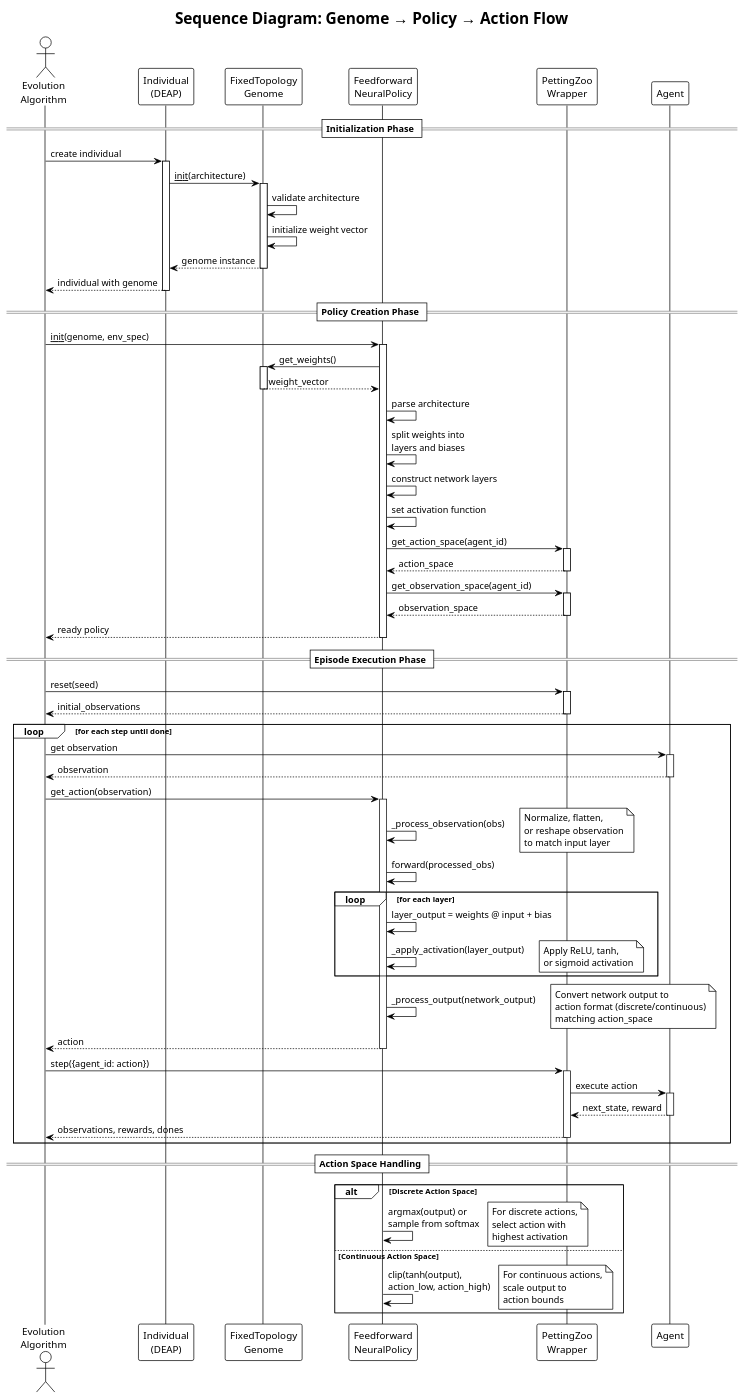
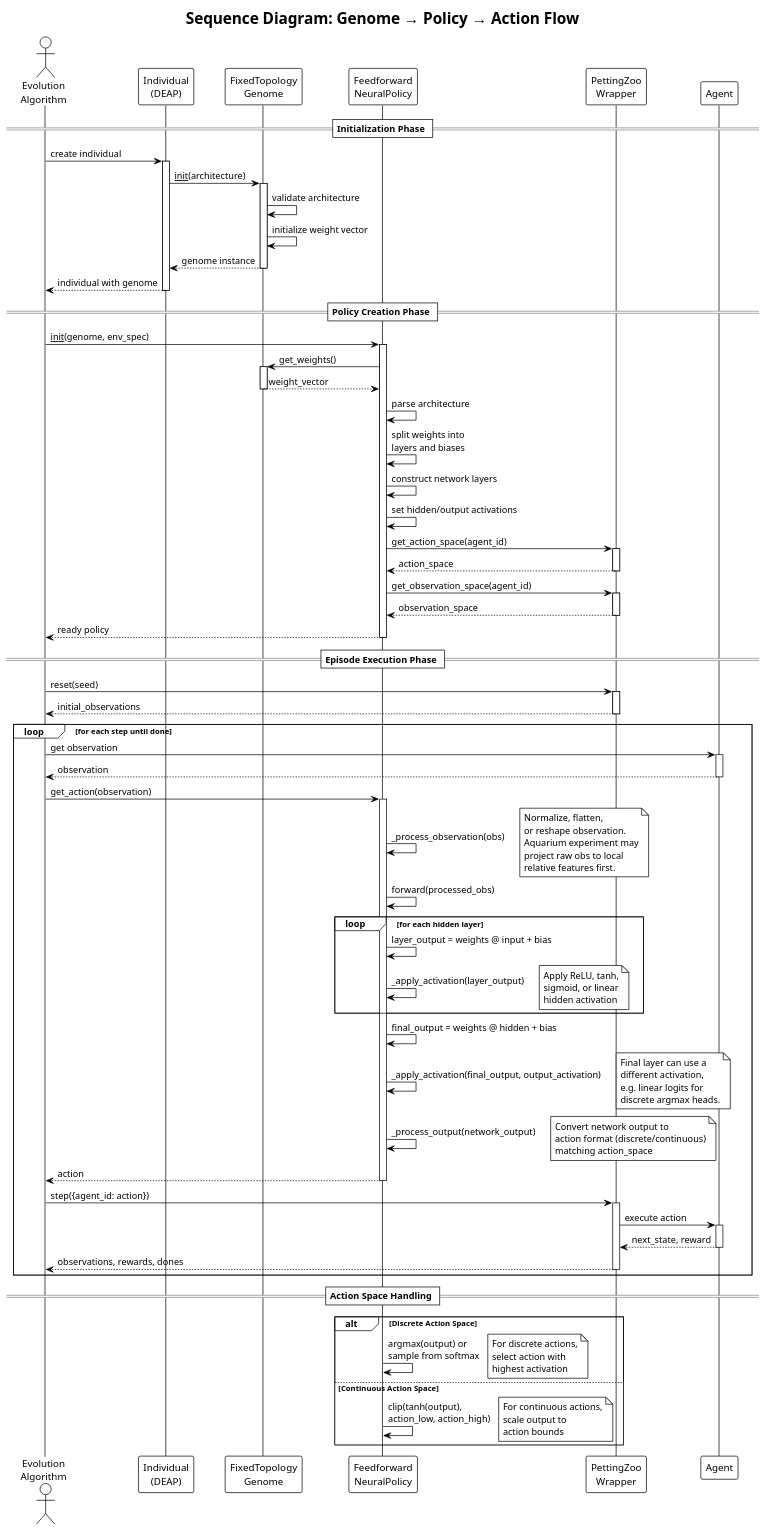
The diagram in docs/UML/sequence_genome_to_action.puml (Alex180504/DEAP-Zoo-bridge), drawn with PlantUML before and after one commit. The commit also changed 13 other files, not shown here.

Commit message:
Add support for output-layer activation function

```diff
--- a/docs/UML/sequence_genome_to_action.puml
+++ b/docs/UML/sequence_genome_to_action.puml
@@ -1,123 +1,135 @@
 @startuml sequence_genome_to_action
 !theme plain
 title Sequence Diagram: Genome → Policy → Action Flow
 
 actor "Evolution\nAlgorithm" as EA
 participant "Individual\n(DEAP)" as Ind
 participant "FixedTopology\nGenome" as Genome
 participant "Feedforward\nNeuralPolicy" as Policy
 participant "PettingZoo\nWrapper" as Env
 participant "Agent" as Agent
 
 == Initialization Phase ==
 
 EA -> Ind : create individual
 activate Ind
 Ind -> Genome : __init__(architecture)
 activate Genome
 Genome -> Genome : validate architecture
 Genome -> Genome : initialize weight vector
 Genome --> Ind : genome instance
 deactivate Genome
 Ind --> EA : individual with genome
 deactivate Ind
 
 == Policy Creation Phase ==
 
 EA -> Policy : __init__(genome, env_spec)
 activate Policy
 Policy -> Genome : get_weights()
 activate Genome
 Genome --> Policy : weight_vector
 deactivate Genome
 
 Policy -> Policy : parse architecture
 Policy -> Policy : split weights into\nlayers and biases
 Policy -> Policy : construct network layers
-Policy -> Policy : set activation function
+Policy -> Policy : set hidden/output activations
 Policy -> Env : get_action_space(agent_id)
 activate Env
 Env --> Policy : action_space
 deactivate Env
 
 Policy -> Env : get_observation_space(agent_id)
 activate Env
 Env --> Policy : observation_space
 deactivate Env
 
 Policy --> EA : ready policy
 deactivate Policy
 
 == Episode Execution Phase ==
 
 EA -> Env : reset(seed)
 activate Env
 Env --> EA : initial_observations
 deactivate Env
 
 loop for each step until done
     EA -> Agent : get observation
     activate Agent
     Agent --> EA : observation
     deactivate Agent
     
     EA -> Policy : get_action(observation)
     activate Policy
     
     Policy -> Policy : _process_observation(obs)
     note right
       Normalize, flatten,
-      or reshape observation
-      to match input layer
+      or reshape observation.
+      Aquarium experiment may
+      project raw obs to local
+      relative features first.
     end note
     
     Policy -> Policy : forward(processed_obs)
     
-    loop for each layer
+    loop for each hidden layer
         Policy -> Policy : layer_output = weights @ input + bias
         Policy -> Policy : _apply_activation(layer_output)
         note right
           Apply ReLU, tanh,
-          or sigmoid activation
+          sigmoid, or linear
+          hidden activation
         end note
     end loop
+
+    Policy -> Policy : final_output = weights @ hidden + bias
+    Policy -> Policy : _apply_activation(final_output, output_activation)
+    note right
+      Final layer can use a
+      different activation,
+      e.g. linear logits for
+      discrete argmax heads.
+    end note
     
     Policy -> Policy : _process_output(network_output)
     note right
       Convert network output to
       action format (discrete/continuous)
       matching action_space
     end note
     
     Policy --> EA : action
     deactivate Policy
     
     EA -> Env : step({agent_id: action})
     activate Env
     Env -> Agent : execute action
     activate Agent
     Agent --> Env : next_state, reward
     deactivate Agent
     Env --> EA : observations, rewards, dones
     deactivate Env
 end
 
 == Action Space Handling ==
 
 alt Discrete Action Space
     Policy -> Policy : argmax(output) or\nsample from softmax
     note right
       For discrete actions,
       select action with
       highest activation
     end note
 else Continuous Action Space
     Policy -> Policy : clip(tanh(output),\naction_low, action_high)
     note right
       For continuous actions,
       scale output to
       action bounds
     end note
 end
 
 @enduml
```
